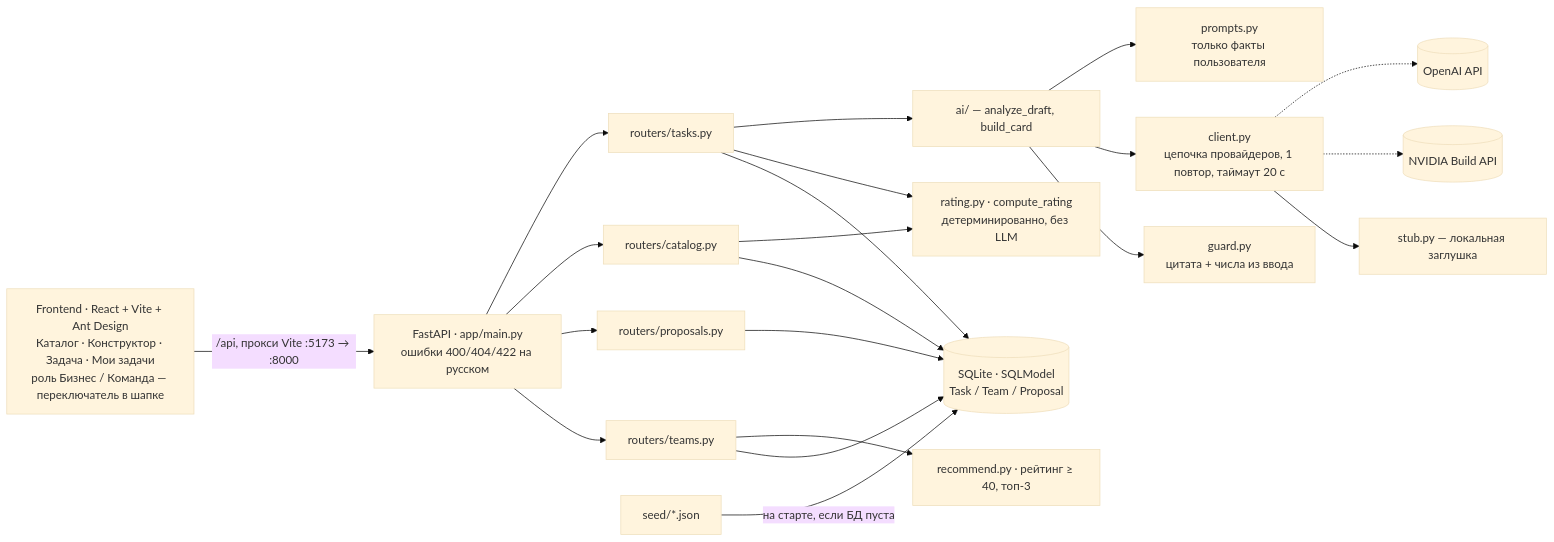
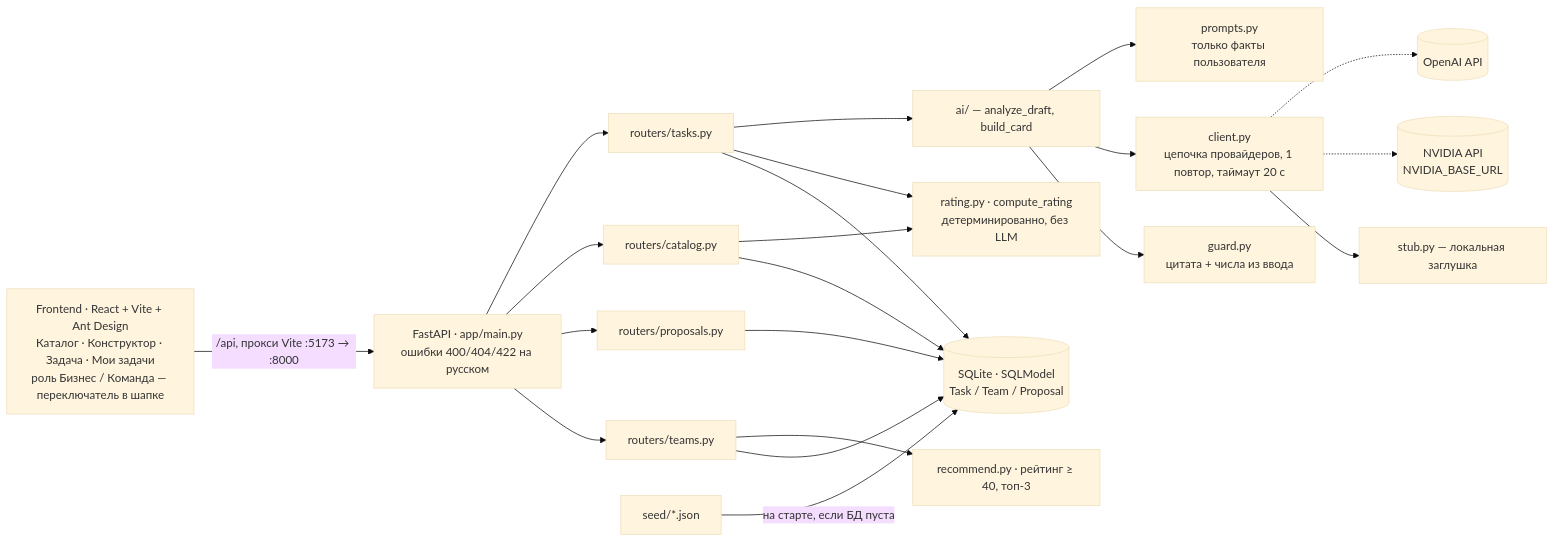
Before and after one commit to BAITC-Hacks/hack-4858429d-knewit-number-2: the diagram in README.md, drawn with Mermaid (base theme). The commit also changed other lines of this file and 1 other file, not shown here.

````diff
--- a/README.md
+++ b/README.md
@@ -193,29 +198,29 @@
 ```mermaid
 flowchart LR
   UI["Frontend · React + Vite + Ant Design<br/>Каталог · Конструктор · Задача · Мои задачи<br/>роль Бизнес / Команда — переключатель в шапке"]
 
   UI -->|"/api, прокси Vite :5173 → :8000"| API["FastAPI · app/main.py<br/>ошибки 400/404/422 на русском"]
 
   API --> RT["routers/tasks.py"]
   API --> RC["routers/catalog.py"]
   API --> RP["routers/proposals.py"]
   API --> RM["routers/teams.py"]
 
   RT --> AI["ai/ — analyze_draft, build_card"]
   AI --> PR["prompts.py<br/>только факты пользователя"]
   AI --> CL["client.py<br/>цепочка провайдеров, 1 повтор, таймаут 20 с"]
   AI --> GD["guard.py<br/>цитата + числа из ввода"]
   CL -.-> OA[("OpenAI API")]
-  CL -.-> NV[("NVIDIA Build API")]
+  CL -.-> NV[("NVIDIA API<br/>NVIDIA_BASE_URL")]
   CL --> ST["stub.py — локальная заглушка"]
 
   RT --> RA["rating.py · compute_rating<br/>детерминированно, без LLM"]
   RC --> RA
   RM --> RE["recommend.py · рейтинг ≥ 40, топ-3"]
 
   RT --> DB[("SQLite · SQLModel<br/>Task / Team / Proposal")]
   RC --> DB
   RP --> DB
   RM --> DB
   SD["seed/*.json"] -->|"на старте, если БД пуста"| DB
 ```
````
